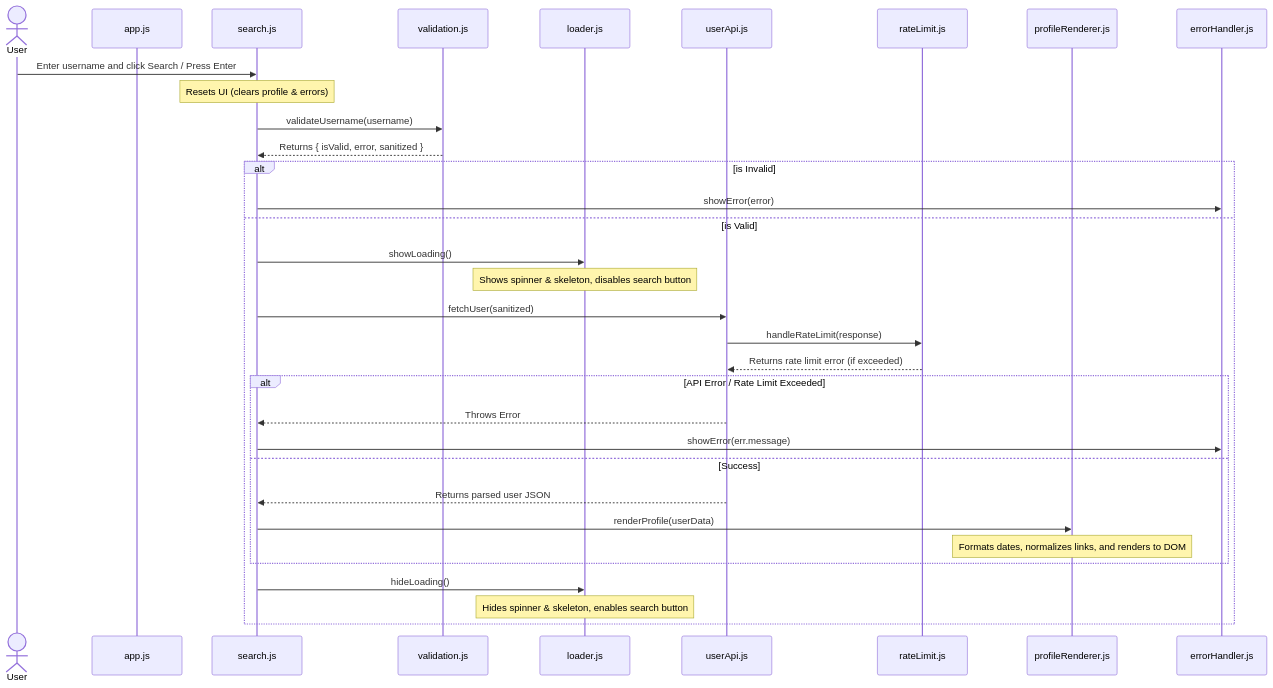
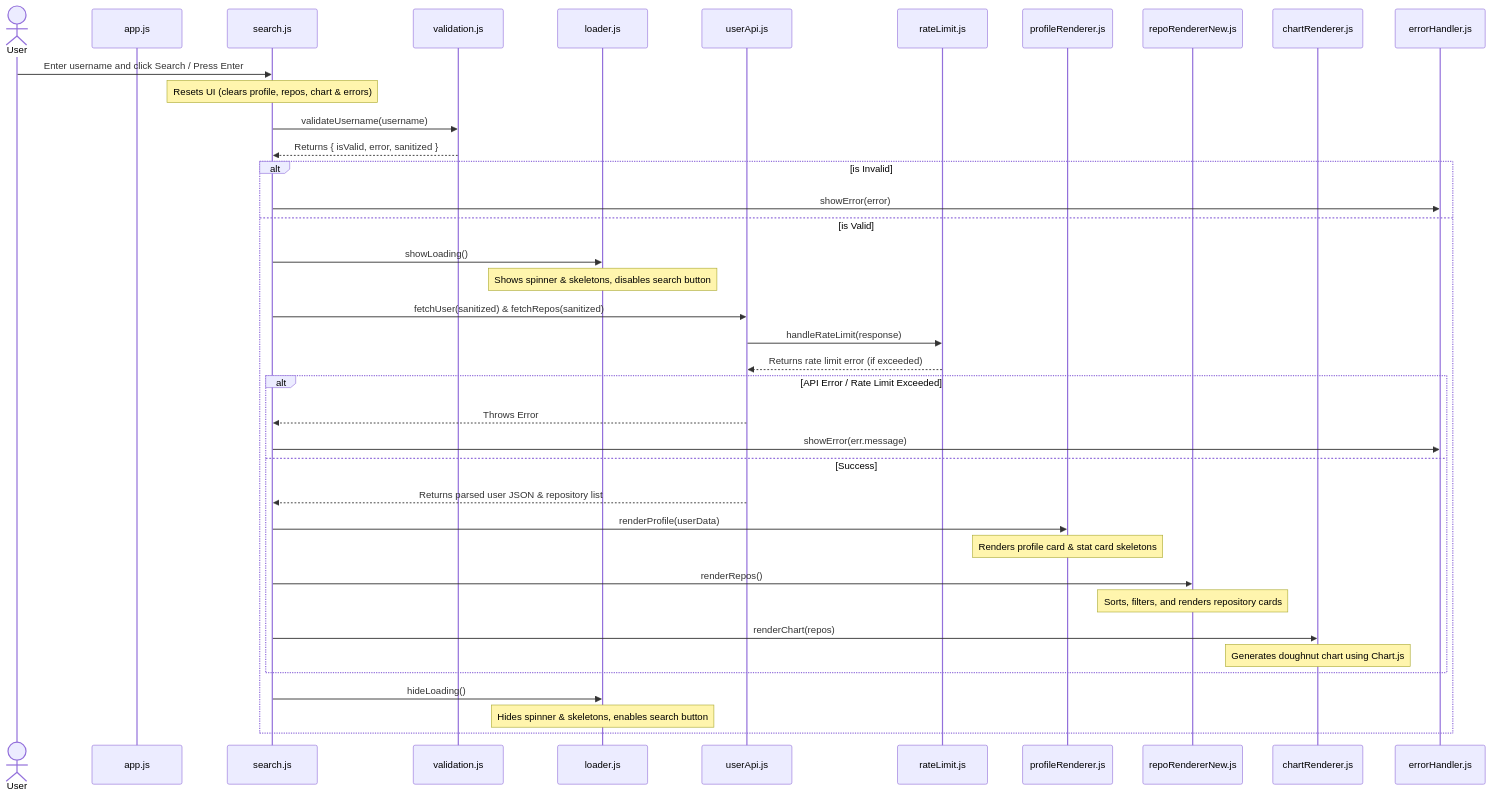
The diagram in README.md (radheshyam-cod/GitHub-Developer-Explorer), drawn with Mermaid before and after one commit. The commit also changed other lines of this file, not shown here.

Commit message:
Update README.md with codebase analysis and updated architecture

````diff
--- a/README.md
+++ b/README.md
@@ -50,39 +60,45 @@
 ```mermaid
 sequenceDiagram
     actor User
     participant App as app.js
     participant Search as search.js
     participant Validation as validation.js
     participant Loader as loader.js
     participant API as userApi.js
     participant RateLimit as rateLimit.js
-    participant Renderer as profileRenderer.js
+    participant ProfileRenderer as profileRenderer.js
+    participant RepoRenderer as repoRendererNew.js
+    participant ChartRenderer as chartRenderer.js
     participant ErrorHandler as errorHandler.js
 
     User->>Search: Enter username and click Search / Press Enter
-    Note over Search: Resets UI (clears profile & errors)
+    Note over Search: Resets UI (clears profile, repos, chart & errors)
     Search->>Validation: validateUsername(username)
     Validation-->>Search: Returns { isValid, error, sanitized }
     
     alt is Invalid
         Search->>ErrorHandler: showError(error)
     else is Valid
         Search->>Loader: showLoading()
-        Note over Loader: Shows spinner & skeleton, disables search button
-        Search->>API: fetchUser(sanitized)
+        Note over Loader: Shows spinner & skeletons, disables search button
+        Search->>API: fetchUser(sanitized) & fetchRepos(sanitized)
         API->>RateLimit: handleRateLimit(response)
         RateLimit-->>API: Returns rate limit error (if exceeded)
         
         alt API Error / Rate Limit Exceeded
             API-->>Search: Throws Error
             Search->>ErrorHandler: showError(err.message)
         else Success
-            API-->>Search: Returns parsed user JSON
-            Search->>Renderer: renderProfile(userData)
-            Note over Renderer: Formats dates, normalizes links, and renders to DOM
+            API-->>Search: Returns parsed user JSON & repository list
+            Search->>ProfileRenderer: renderProfile(userData)
+            Note over ProfileRenderer: Renders profile card & stat card skeletons
+            Search->>RepoRenderer: renderRepos()
+            Note over RepoRenderer: Sorts, filters, and renders repository cards
+            Search->>ChartRenderer: renderChart(repos)
+            Note over ChartRenderer: Generates doughnut chart using Chart.js
         end
         
         Search->>Loader: hideLoading()
-        Note over Loader: Hides spinner & skeleton, enables search button
+        Note over Loader: Hides spinner & skeletons, enables search button
     end
 ```
````
